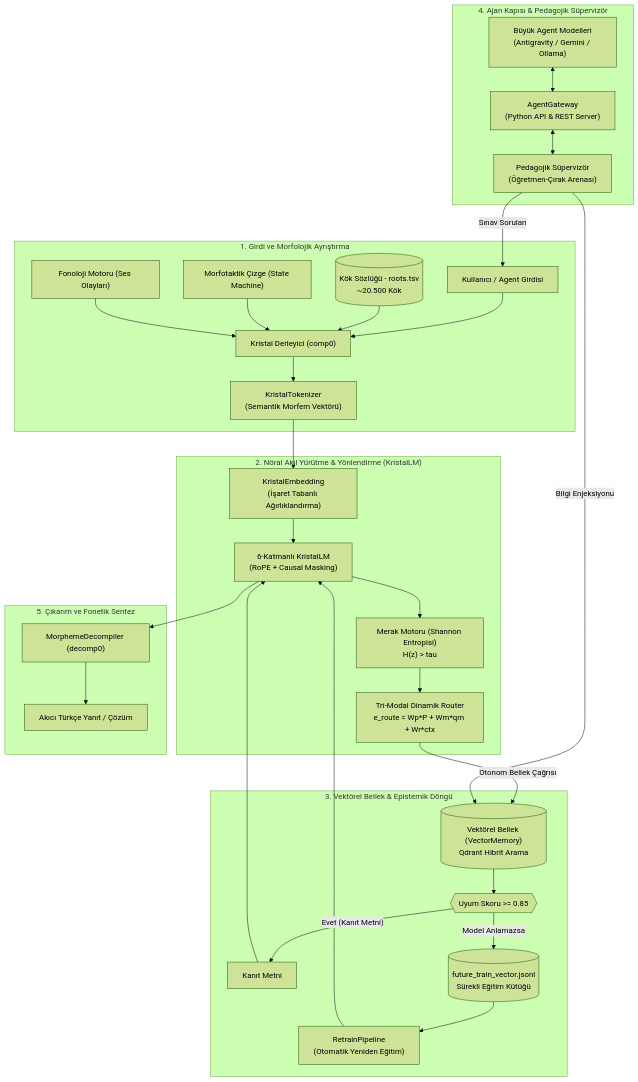
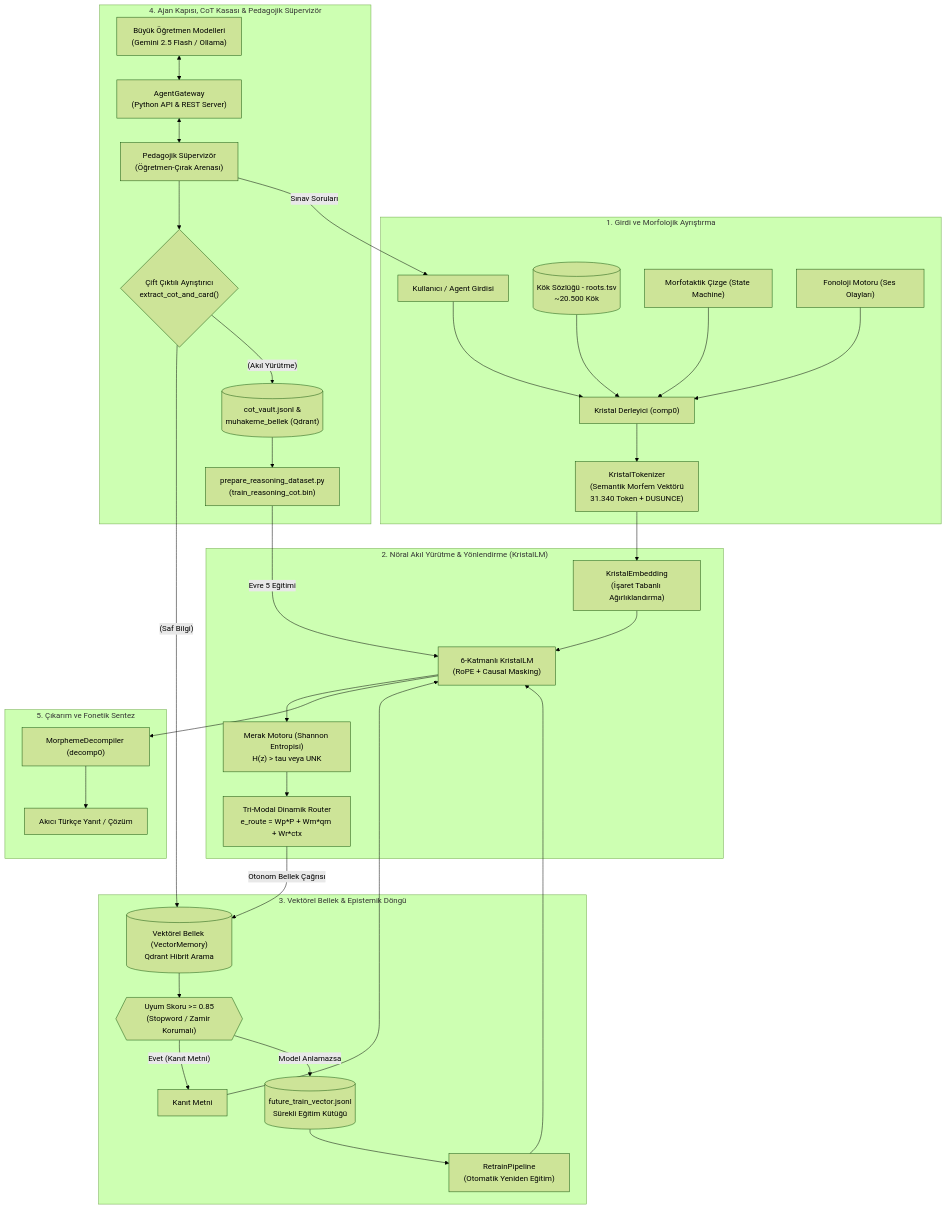
One commit to onkanat/tr_llm changed the diagram in README.md. Above: the diagram before and after it, drawn with Mermaid (forest theme). The commit also changed other lines of this file and 16 other files, not shown here.

Commit message:
feat(cot-vault): izole akıl yürütme kasası, çift çıktılı ayrıştırıcı ve RAG sanitizasyonu (v1.5.0)

````diff
--- a/README.md
+++ b/README.md
@@ -30,39 +33,43 @@
 ```mermaid
 flowchart TD
     subgraph INGESTION ["1. Girdi ve Morfolojik Ayrıştırma"]
         RawText["Kullanıcı / Agent Girdisi"] --> Comp["Kristal Derleyici (comp0)"]
         Lexicon[("Kök Sözlüğü - roots.tsv\n~20.500 Kök")] --> Comp
         Graph["Morfotaktik Çizge (State Machine)"] --> Comp
         Phonology["Fonoloji Motoru (Ses Olayları)"] --> Comp
-        Comp --> Tokenizer["KristalTokenizer\n(Semantik Morfem Vektörü)"]
+        Comp --> Tokenizer["KristalTokenizer\n(Semantik Morfem Vektörü\n31.340 Token + DUSUNCE)"]
     end
 
     subgraph REASONING ["2. Nöral Akıl Yürütme & Yönlendirme (KristalLM)"]
         Tokenizer --> Embed["KristalEmbedding\n(İşaret Tabanlı Ağırlıklandırma)"]
         Embed --> Transformer["6-Katmanlı KristalLM\n(RoPE + Causal Masking)"]
-        Transformer --> Curiosity["Merak Motoru (Shannon Entropisi)\nH(z) > tau"]
+        Transformer --> Curiosity["Merak Motoru (Shannon Entropisi)\nH(z) > tau veya UNK"]
         Curiosity --> Router["Tri-Modal Dinamik Router\ne_route = Wp*P + Wm*qm + Wr*ctx"]
     end
 
     subgraph MEMORY ["3. Vektörel Bellek & Epistemik Döngü"]
         Router -->|"Otonom Bellek Çağrısı"| VecMem[("Vektörel Bellek (VectorMemory)\nQdrant Hibrit Arama")]
-        VecMem --> Filter{{"Uyum Skoru >= 0.85"}}
+        VecMem --> Filter{{"Uyum Skoru >= 0.85\n(Stopword / Zamir Korumalı)"}}
         Filter -->|"Evet (Kanıt Metni)"| DocInject["<CONTEXT> Kanıt Metni </CONTEXT>"]
         DocInject --> Transformer
         Filter -->|"Model Anlamazsa"| FutureTrain[("future_train_vector.jsonl\nSürekli Eğitim Kütüğü")]
         FutureTrain --> Retrain["RetrainPipeline\n(Otomatik Yeniden Eğitim)"]
         Retrain --> Transformer
     end
 
-    subgraph GATEWAY ["4. Ajan Kapısı & Pedagojik Süpervizör"]
-        ExtAgent["Büyük Agent Modelleri\n(Antigravity / Gemini / Ollama)"] <--> Gateway["AgentGateway\n(Python API & REST Server)"]
+    subgraph GATEWAY ["4. Ajan Kapısı, CoT Kasası & Pedagojik Süpervizör"]
+        ExtAgent["Büyük Öğretmen Modelleri\n(Gemini 2.5 Flash / Ollama)"] <--> Gateway["AgentGateway\n(Python API & REST Server)"]
         Gateway <--> Supervisor["Pedagojik Süpervizör\n(Öğretmen-Çırak Arenası)"]
-        Supervisor -->|"Bilgi Enjeksiyonu"| VecMem
+        Supervisor --> DualParse{"Çift Çıktılı Ayrıştırıcı\nextract_cot_and_card()"}
+        DualParse -->|"<BILGI_KARTI> (Saf Bilgi)"| VecMem
+        DualParse -->|"<DUSUNCE> (Akıl Yürütme)"| CoTVault[("cot_vault.jsonl &\nmuhakeme_bellek (Qdrant)")]
+        CoTVault --> PrepReasoning["prepare_reasoning_dataset.py\n(train_reasoning_cot.bin)"]
+        PrepReasoning -->|"Evre 5 Eğitimi"| Transformer
         Supervisor -->|"Sınav Soruları"| RawText
     end
 
     subgraph SYNTHESIS ["5. Çıkarım ve Fonetik Sentez"]
         Transformer --> Decomp["MorphemeDecompiler (decomp0)"]
         Decomp --> CleanText["Akıcı Türkçe Yanıt / Çözüm"]
     end
 ```
````
